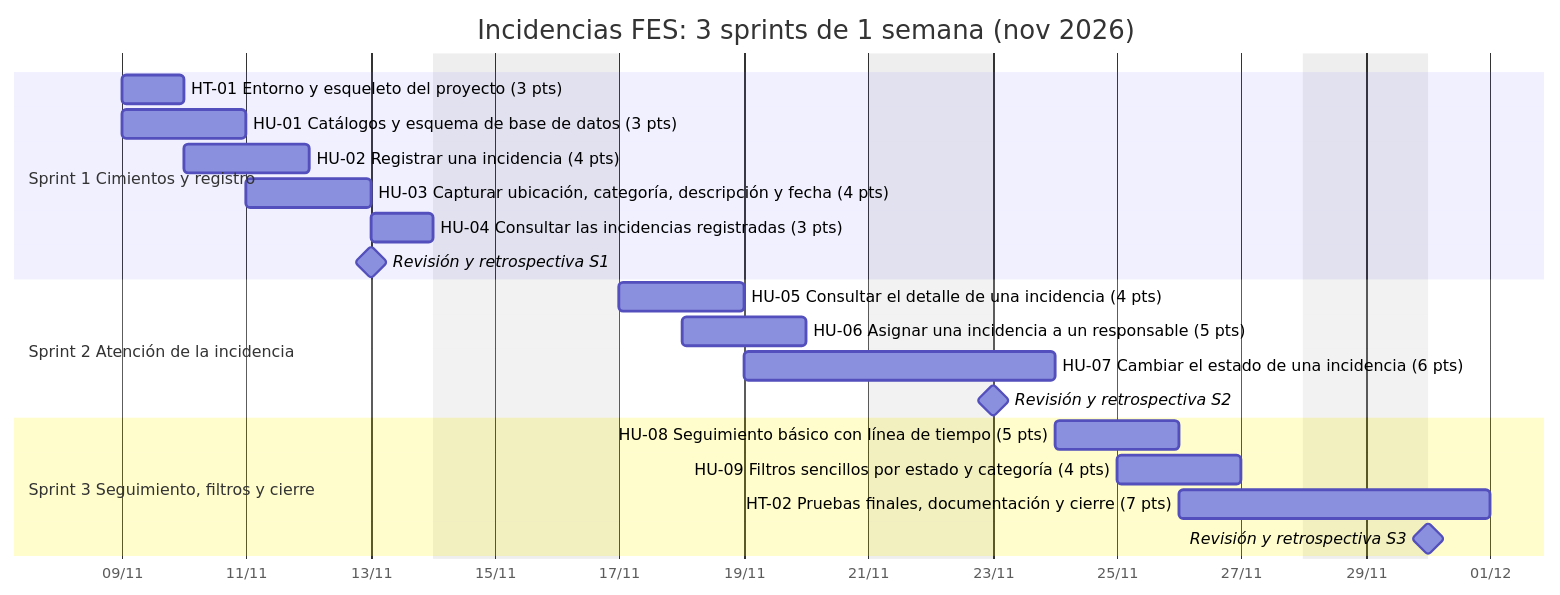
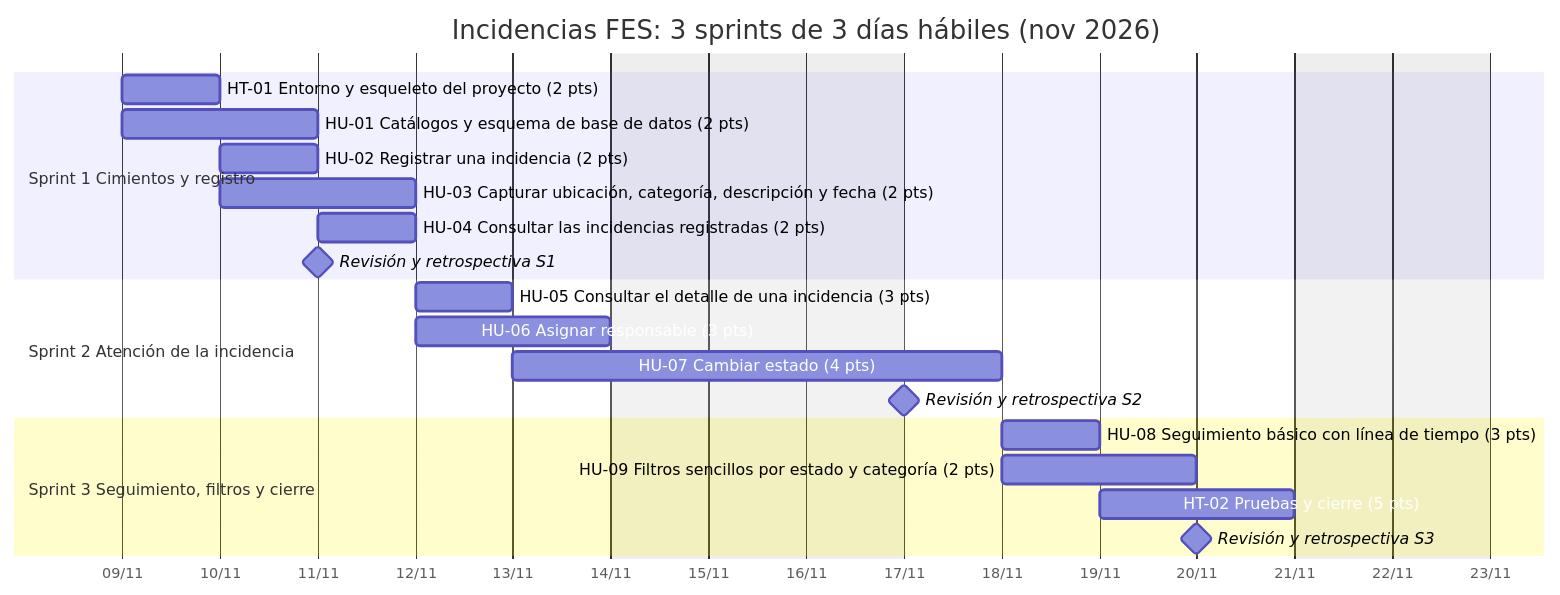
Before and after one commit to angugo06/incidencias-fes: the diagram in docs/gantt.mmd, drawn with Mermaid. The commit also changed 15 other files, not shown here.

Commit message:
Sprints de 3 días hábiles: reestimación a 30 puntos y 60 h, workflow de cierre de sprint

```diff
--- a/docs/gantt.mmd
+++ b/docs/gantt.mmd
@@ -1,23 +1,23 @@
 gantt
-    title Incidencias FES: 3 sprints de 1 semana (nov 2026)
+    title Incidencias FES: 3 sprints de 3 días hábiles (nov 2026)
     dateFormat YYYY-MM-DD
     axisFormat %d/%m
     excludes weekends, 2026-11-16
     todayMarker off
     section Sprint 1 Cimientos y registro
-    HT-01 Entorno y esqueleto del proyecto (3 pts) :ht-01, 2026-11-09, 1d
-    HU-01 Catálogos y esquema de base de datos (3 pts) :hu-01, 2026-11-09, 2d
-    HU-02 Registrar una incidencia (4 pts) :hu-02, 2026-11-10, 2d
-    HU-03 Capturar ubicación, categoría, descripción y fecha (4 pts) :hu-03, 2026-11-11, 2d
-    HU-04 Consultar las incidencias registradas (3 pts) :hu-04, 2026-11-13, 1d
-    Revisión y retrospectiva S1 :milestone, 2026-11-13, 0d
+    HT-01 Entorno y esqueleto del proyecto (2 pts) :ht-01, 2026-11-09, 1d
+    HU-01 Catálogos y esquema de base de datos (2 pts) :hu-01, 2026-11-09, 2d
+    HU-02 Registrar una incidencia (2 pts) :hu-02, 2026-11-10, 1d
+    HU-03 Capturar ubicación, categoría, descripción y fecha (2 pts) :hu-03, 2026-11-10, 2d
+    HU-04 Consultar las incidencias registradas (2 pts) :hu-04, 2026-11-11, 1d
+    Revisión y retrospectiva S1 :milestone, 2026-11-11, 0d
     section Sprint 2 Atención de la incidencia
-    HU-05 Consultar el detalle de una incidencia (4 pts) :hu-05, 2026-11-17, 2d
-    HU-06 Asignar una incidencia a un responsable (5 pts) :hu-06, 2026-11-18, 2d
-    HU-07 Cambiar el estado de una incidencia (6 pts) :hu-07, 2026-11-19, 3d
-    Revisión y retrospectiva S2 :milestone, 2026-11-23, 0d
+    HU-05 Consultar el detalle de una incidencia (3 pts) :hu-05, 2026-11-12, 1d
+    HU-06 Asignar responsable (3 pts) :hu-06, 2026-11-12, 2d
+    HU-07 Cambiar estado (4 pts) :hu-07, 2026-11-13, 2d
+    Revisión y retrospectiva S2 :milestone, 2026-11-17, 0d
     section Sprint 3 Seguimiento, filtros y cierre
-    HU-08 Seguimiento básico con línea de tiempo (5 pts) :hu-08, 2026-11-24, 2d
-    HU-09 Filtros sencillos por estado y categoría (4 pts) :hu-09, 2026-11-25, 2d
-    HT-02 Pruebas finales, documentación y cierre (7 pts) :ht-02, 2026-11-26, 3d
-    Revisión y retrospectiva S3 :milestone, 2026-11-30, 0d
+    HU-08 Seguimiento básico con línea de tiempo (3 pts) :hu-08, 2026-11-18, 1d
+    HU-09 Filtros sencillos por estado y categoría (2 pts) :hu-09, 2026-11-18, 2d
+    HT-02 Pruebas y cierre (5 pts) :ht-02, 2026-11-19, 2d
+    Revisión y retrospectiva S3 :milestone, 2026-11-20, 0d
```
